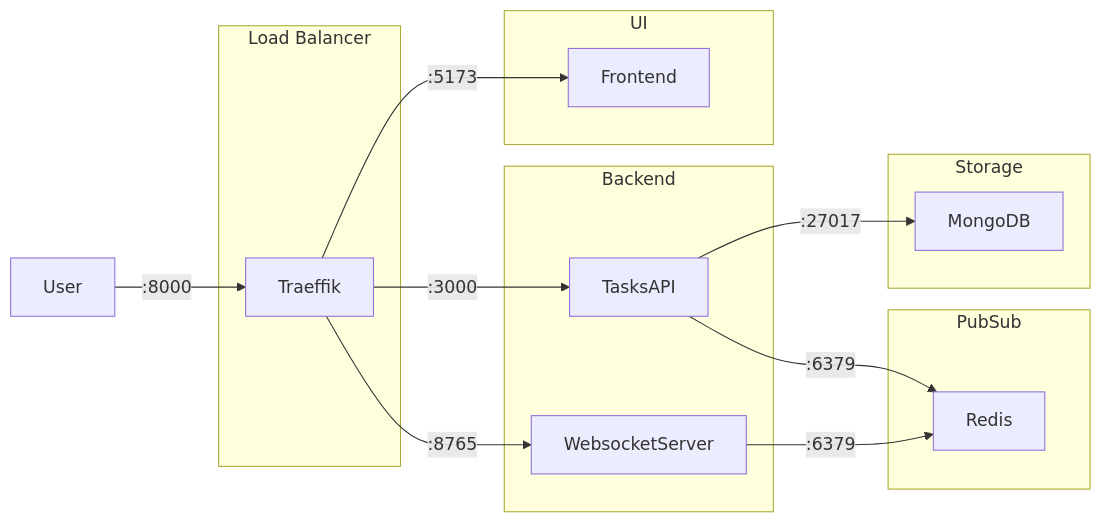
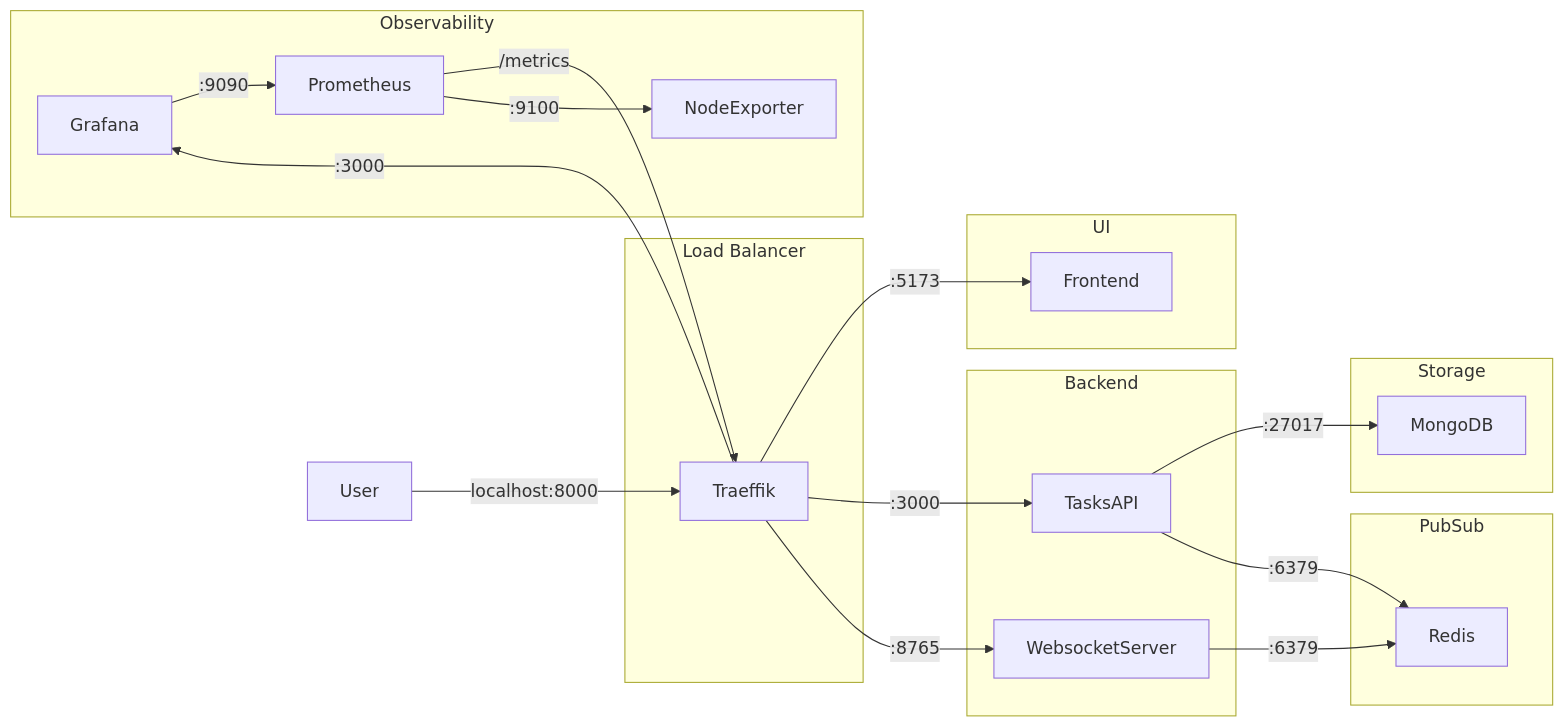
One commit to bespinian/insanely-complex-todo changed the diagram in README.md. Above: the diagram before and after it, drawn with Mermaid. The commit also changed other lines of this file and 8 other files, not shown here.

Commit message:
add prometheus and grafana with dashboards

````diff
--- a/README.md
+++ b/README.md
@@ -36,29 +38,41 @@
 ```mermaid
 graph LR;
     subgraph UI
         Frontend
     end
 
     subgraph Storage
         MongoDB
     end
 
     subgraph PubSub
         Redis
     end
 
+    subgraph Observability
+        Grafana
+        Prometheus
+        NodeExporter
+
+        Grafana-- :9090 --> Prometheus
+    end
+
     subgraph Backend
         TasksAPI-- :27017 --> MongoDB
         TasksAPI-- :6379 --> Redis
         WebsocketServer-- :6379 -->Redis
     end
 
     subgraph lb[Load Balancer]
         Traeffik-- :5173 --> Frontend
         Traeffik-- :3000 --> TasksAPI
         Traeffik-- :8765 --> WebsocketServer
+        Traeffik-- :3000 --> Grafana
     end
 
 
-    User-- :8000 --> Traeffik
+    User-- localhost:8000 --> Traeffik
+
+    Prometheus-- /metrics --> Traeffik
+    Prometheus-- :9100 --> NodeExporter
 ```
````
